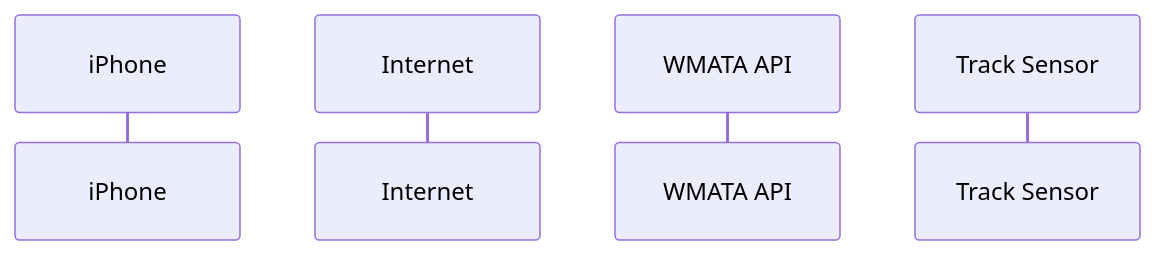
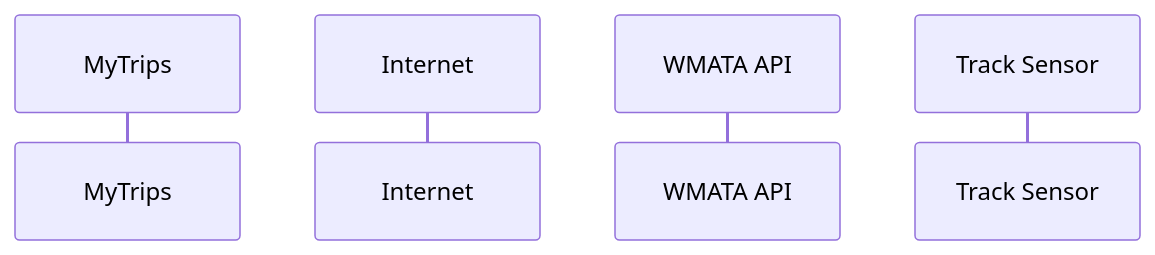
The diagram in techDemo-1.md (imccabed/newRepo), drawn with Mermaid before and after one commit.

Commit message:
Finalized participants

````diff
--- a/techDemo-1.md
+++ b/techDemo-1.md
@@ -1,8 +1,9 @@
 ```mermaid
 sequenceDiagram
 
-    participant iPhone
+    participant MyTrips
     participant Internet
-    participant WMATA API
-    participant Track Sensor
+    participant WAPI as WMATA API
+    participant TS as Track Sensor
+
 ```
````
